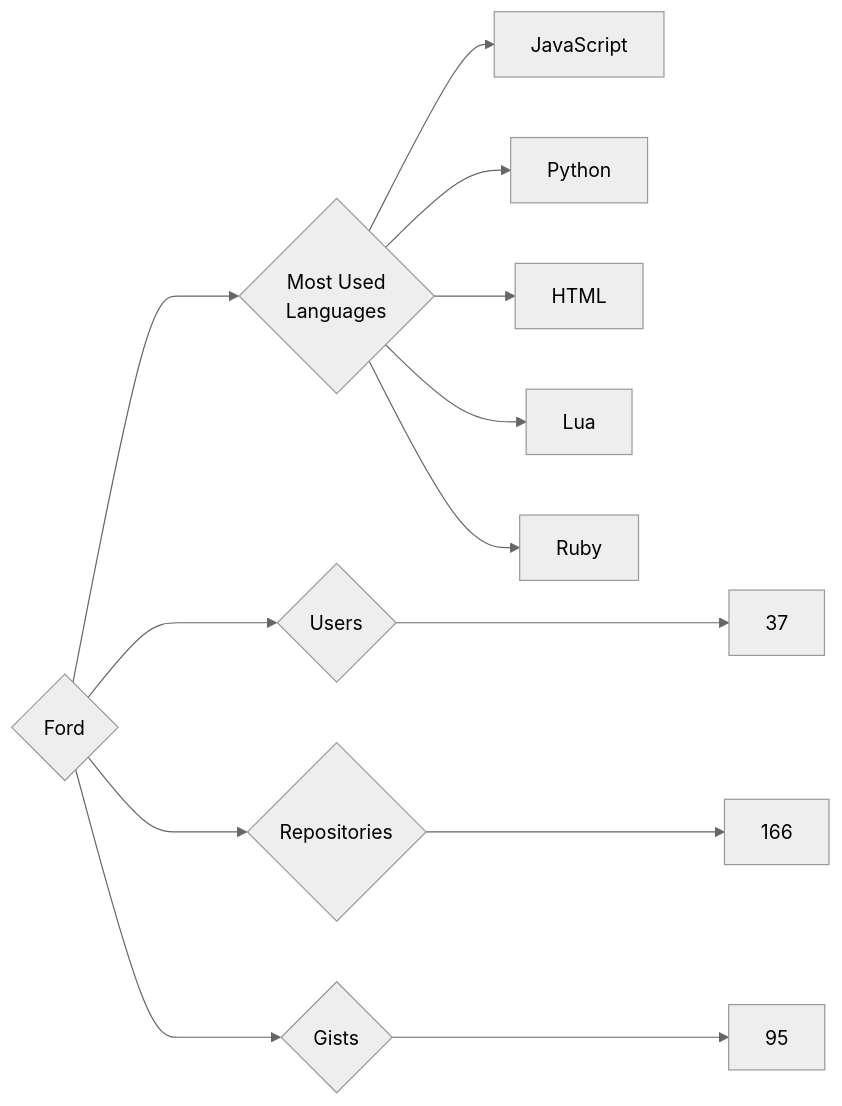
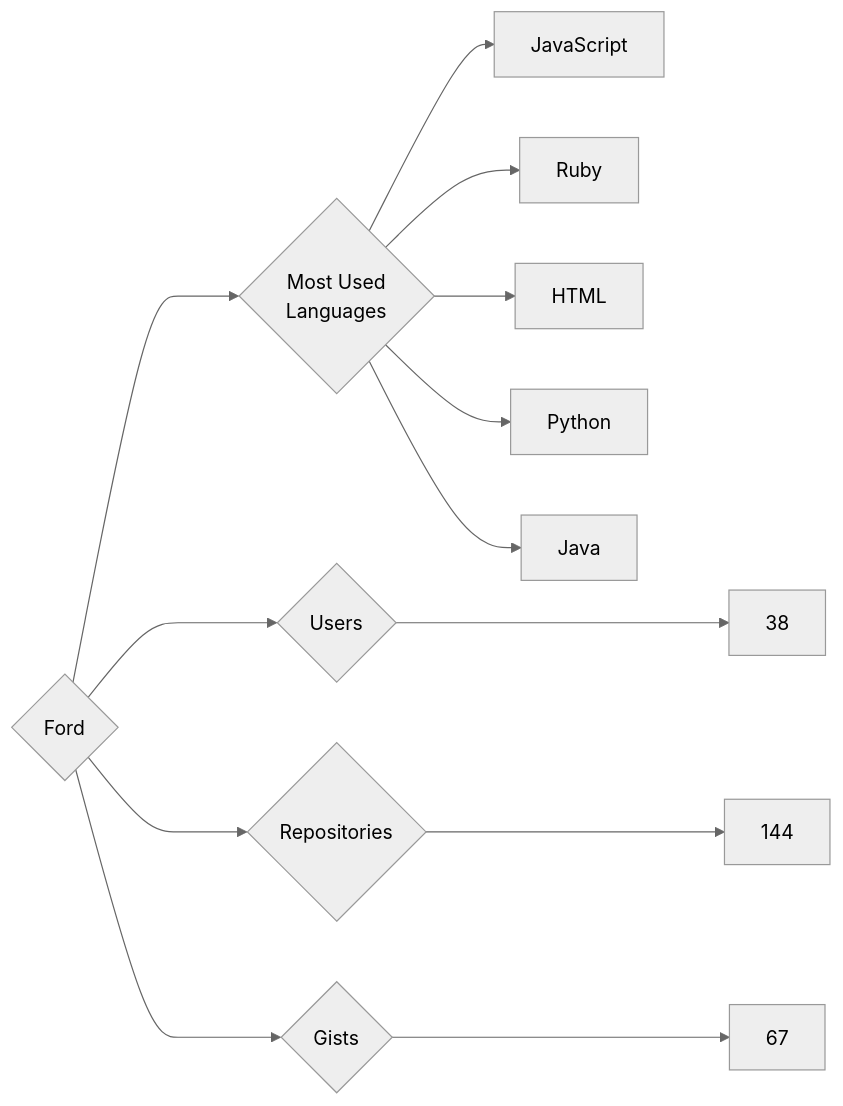
Before and after one commit to trickest/insiders: the diagram in targets/Ford/README.md, drawn with Mermaid (neutral theme). The commit also changed 752 other files, not shown here.

````diff
--- a/targets/Ford/README.md
+++ b/targets/Ford/README.md
@@ -3,13 +3,13 @@
 ```mermaid
 graph LR
 COMPANY_NAME{Ford}
-COMPANY_NAME ---> U{Users} ---> UN[37]
-COMPANY_NAME ---> R{Repositories} ---> RN[166]
-COMPANY_NAME ---> G{Gists} ---> GN[95]
+COMPANY_NAME ---> U{Users} ---> UN[38]
+COMPANY_NAME ---> R{Repositories} ---> RN[144]
+COMPANY_NAME ---> G{Gists} ---> GN[67]
 COMPANY_NAME ---> ML{Most Used<br>Languages}
 ML --> JavaScript[JavaScript]
+ML --> Ruby[Ruby]
+ML --> HTML[HTML]
 ML --> Python[Python]
-ML --> HTML[HTML]
-ML --> Lua[Lua]
-ML --> Ruby[Ruby]
+ML --> Java[Java]
 ```
````
